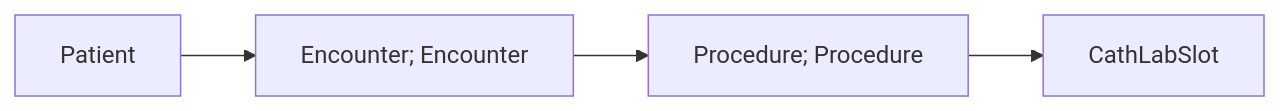
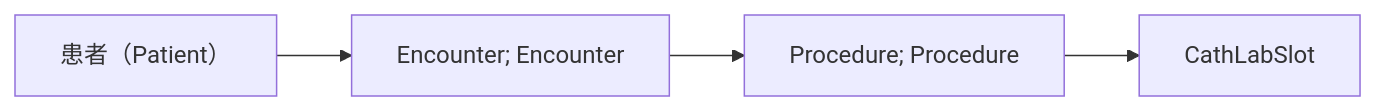
One commit to rexlin600/ontology_practice changed the diagram in days/Day-05.md. Above: the diagram before and after it, drawn with Mermaid. The commit also changed other lines of this file, not shown here.

````diff
--- a/days/Day-05.md
+++ b/days/Day-05.md
@@ -16,7 +31,7 @@
 ```mermaid
 flowchart LR
-  Patient["Patient"] --> EncounterEncounter["Encounter; Encounter"]
+  Patient["患者（Patient）"] --> EncounterEncounter["Encounter; Encounter"]
   EncounterEncounter["Encounter; Encounter"] --> ProcedureProcedure["Procedure; Procedure"]
   ProcedureProcedure["Procedure; Procedure"] --> CathLabSlot["CathLabSlot"]
 
 ```
````
